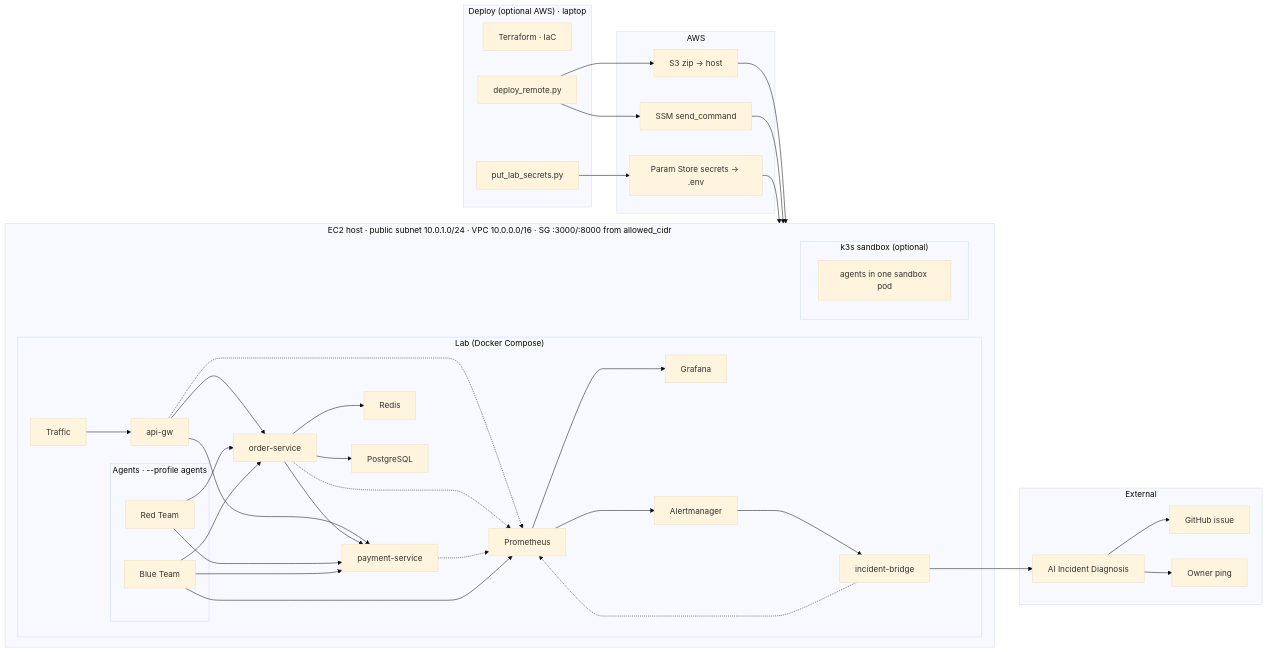
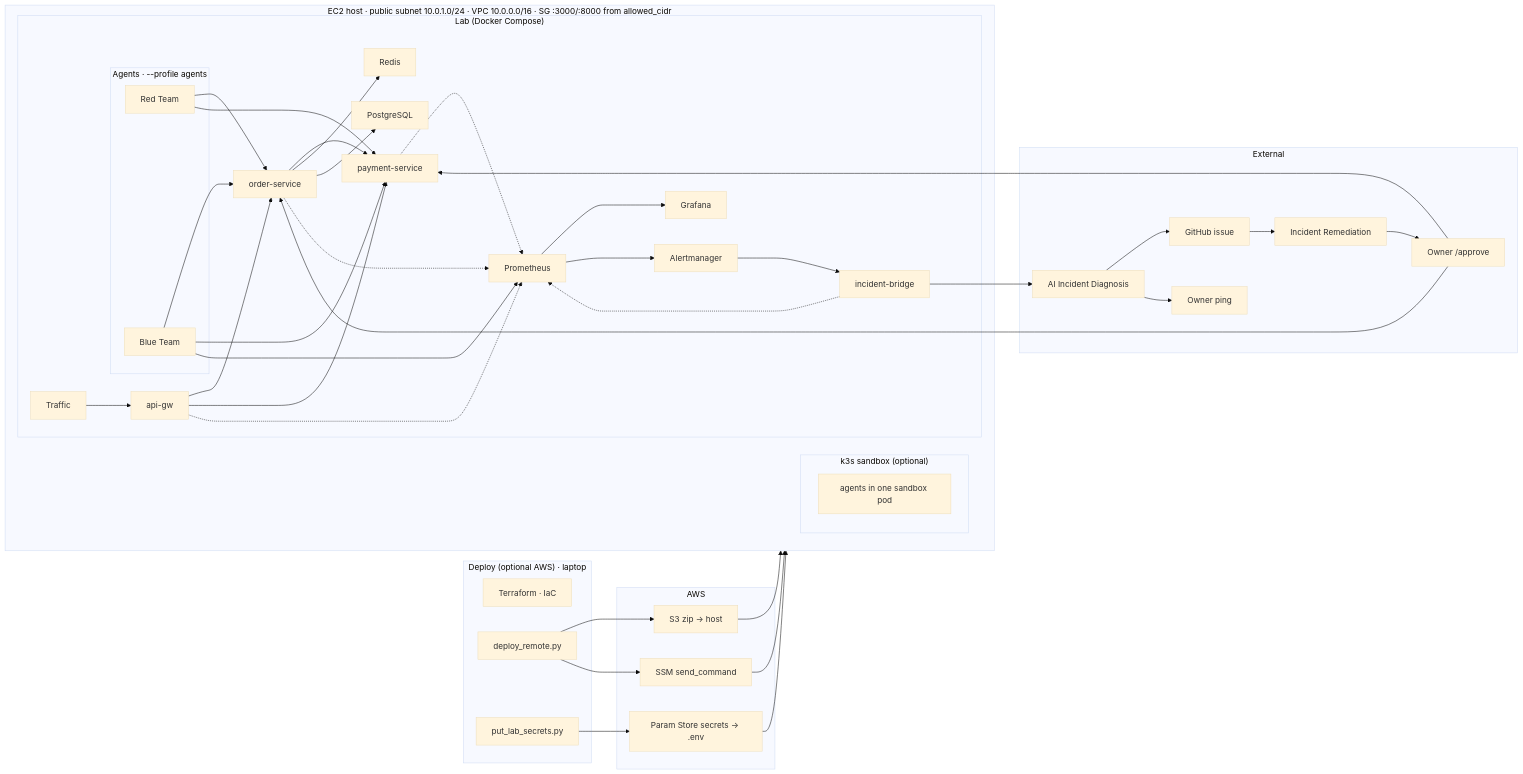
One commit to ritvikindupuri/ResilienceOps changed the diagram in docs/architecture.mmd. Above: the diagram before and after it, drawn with Mermaid. The commit also changed 29 other files, not shown here.

First line of the commit message:
Add an approval-gated Incident Remediation bot beside diagnosis.

```diff
--- a/docs/architecture.mmd
+++ b/docs/architecture.mmd
@@ -1,69 +1,75 @@
 %%{init: { "theme": "base", "flowchart": { "curve": "basis" } }}%%
 flowchart LR
   TF["Terraform · IaC"]
   DEPLOY["deploy_remote.py"]
   SECRETS["put_lab_secrets.py"]
   subgraph laptop ["Deploy (optional AWS) · laptop"]
     TF
     SECRETS
     DEPLOY
   end
   subgraph aws ["AWS"]
     S3["S3 zip → host"]
     PARAM["Param Store secrets → .env"]
     SSM["SSM send_command"]
   end
   subgraph host ["EC2 host · public subnet 10.0.1.0/24 · VPC 10.0.0.0/16 · SG :3000/:8000 from allowed_cidr"]
     subgraph compose ["Lab (Docker Compose)"]
       subgraph agents ["Agents · --profile agents"]
         RED[Red Team]
         BLUE[Blue Team]
       end
       TG[Traffic]
       GW[api-gw]
       OS[order-service]
       PS[payment-service]
       RD[Redis]
       PG[PostgreSQL]
       PROM[Prometheus]
       GRAF[Grafana]
       AM[Alertmanager]
       BR["incident-bridge"]
       TG --> GW
       GW --> OS
       GW --> PS
       OS --> PS
       OS --> RD
       OS --> PG
       GW -.-> PROM
       OS -.-> PROM
       PS -.-> PROM
       PROM --> GRAF
       PROM --> AM
       AM --> BR
       BR -.-> PROM
     end
     subgraph k3sopt ["k3s sandbox (optional)"]
       K3S["agents in one sandbox pod"]
     end
   end
   subgraph ext ["External"]
     BOT["AI Incident Diagnosis"]
     GH["GitHub issue"]
     PING["Owner ping"]
+    REM["Incident Remediation"]
+    OWN["Owner /approve"]
     BOT --> GH
     BOT --> PING
+    GH --> REM
+    REM --> OWN
   end
+  OWN --> OS
+  OWN --> PS
 
   DEPLOY --> S3
   DEPLOY --> SSM
   SECRETS --> PARAM
   S3 --> host
   SSM --> host
   PARAM --> host
   RED --> OS
   RED --> PS
   BLUE --> OS
   BLUE --> PS
   BLUE --> PROM
   BR --> BOT
```
